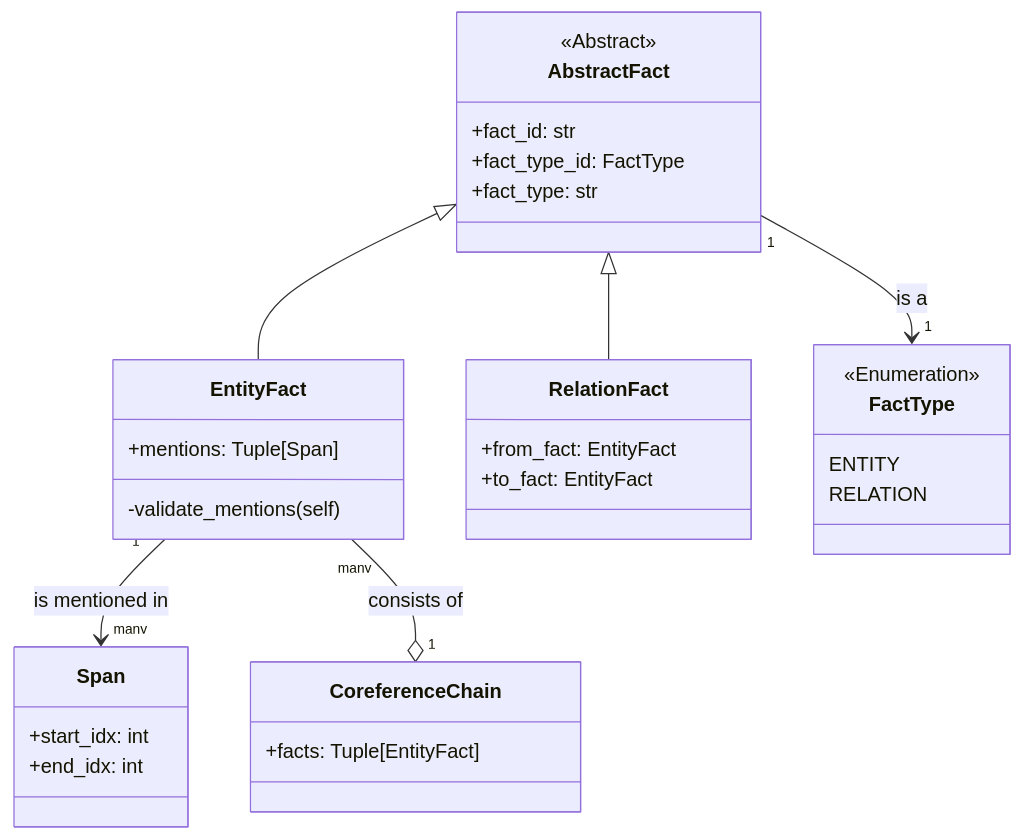
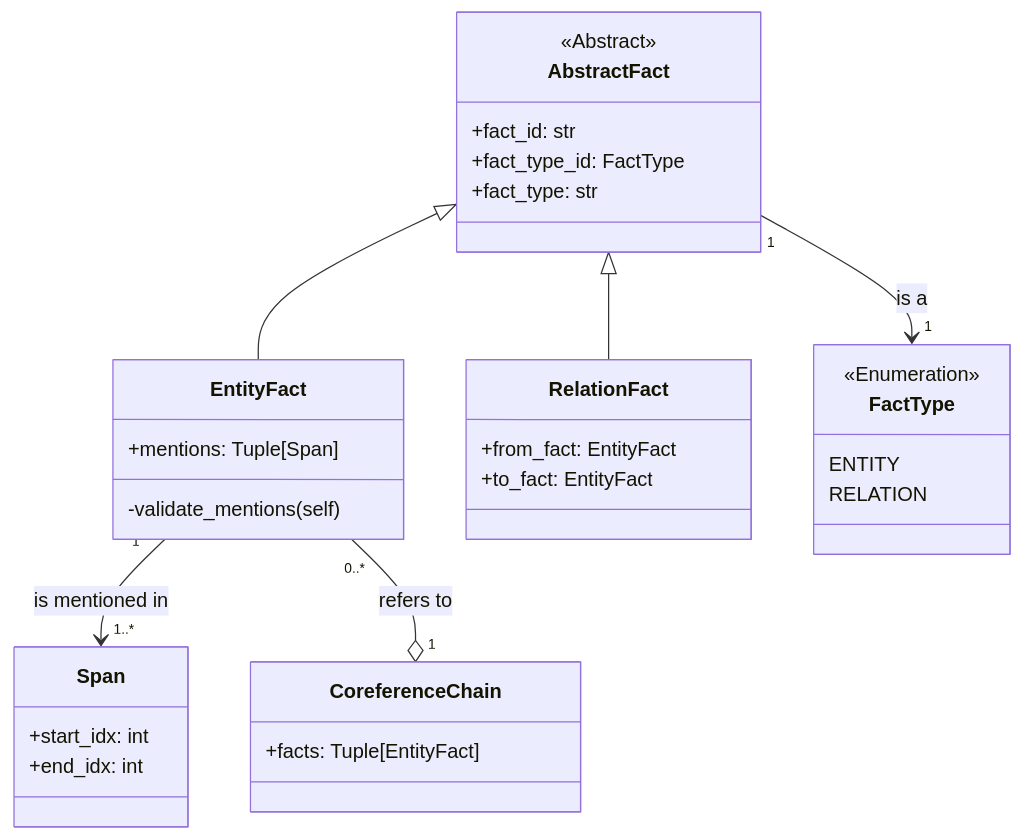
Before and after one commit to phos-phophy/creed: the second of 4 diagrams in README.md, drawn with Mermaid. The commit also changed other lines of this file, not shown here.

````diff
--- a/README.md
+++ b/README.md
@@ -75,42 +75,42 @@
 ```mermaid
 classDiagram
 direction TB
 
    AbstractFact <|-- EntityFact
    AbstractFact <|-- RelationFact
-   EntityFact "1" --> "many" Span : is mentioned in
+   EntityFact "1" --> "1..*" Span : is mentioned in
    AbstractFact "1" --> "1" FactType : is a
-   EntityFact "many" --o "1" CoreferenceChain : consists of 
+   EntityFact "0..*" --o "1" CoreferenceChain : refers to
    
    class Span:::rect{
       +start_idx: int
       +end_idx: int
    }
    
    class FactType{
       <<Enumeration>>
       ENTITY
       RELATION
    }
 
    class AbstractFact{
       <<Abstract>> 
       +fact_id: str
       +fact_type_id: FactType
       +fact_type: str
    }
    
    class EntityFact{
       +mentions: Tuple[Span]
       -validate_mentions(self)
    }
    
    class RelationFact{
       +from_fact: EntityFact
       +to_fact: EntityFact
    }
    
    class CoreferenceChain{
       +facts: Tuple[EntityFact]
    }
 ```
````
